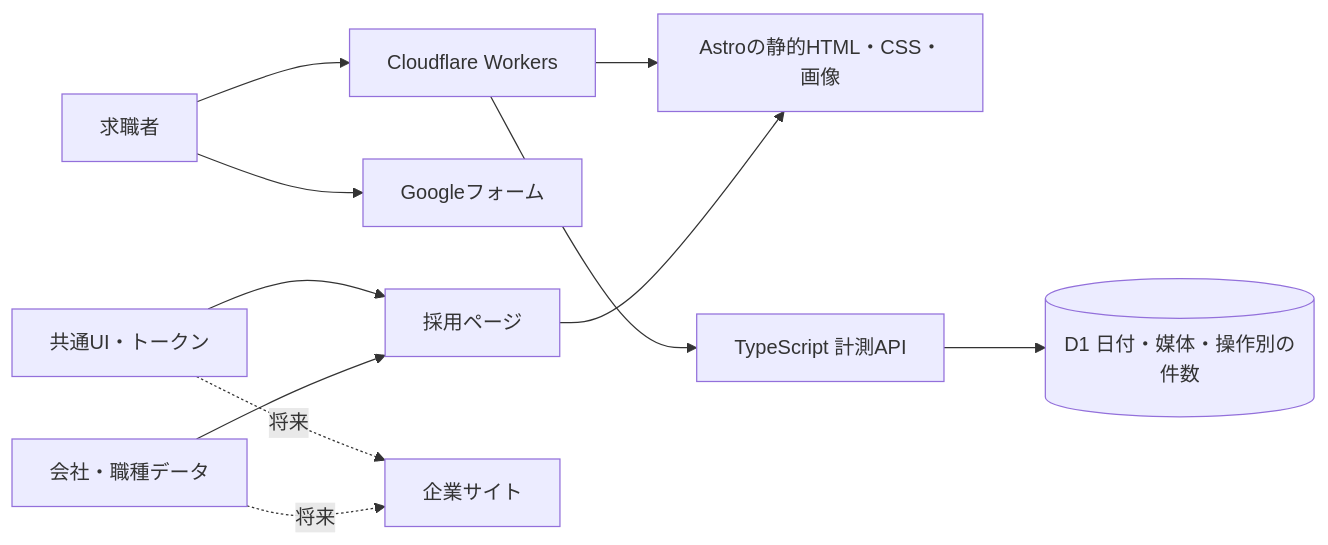
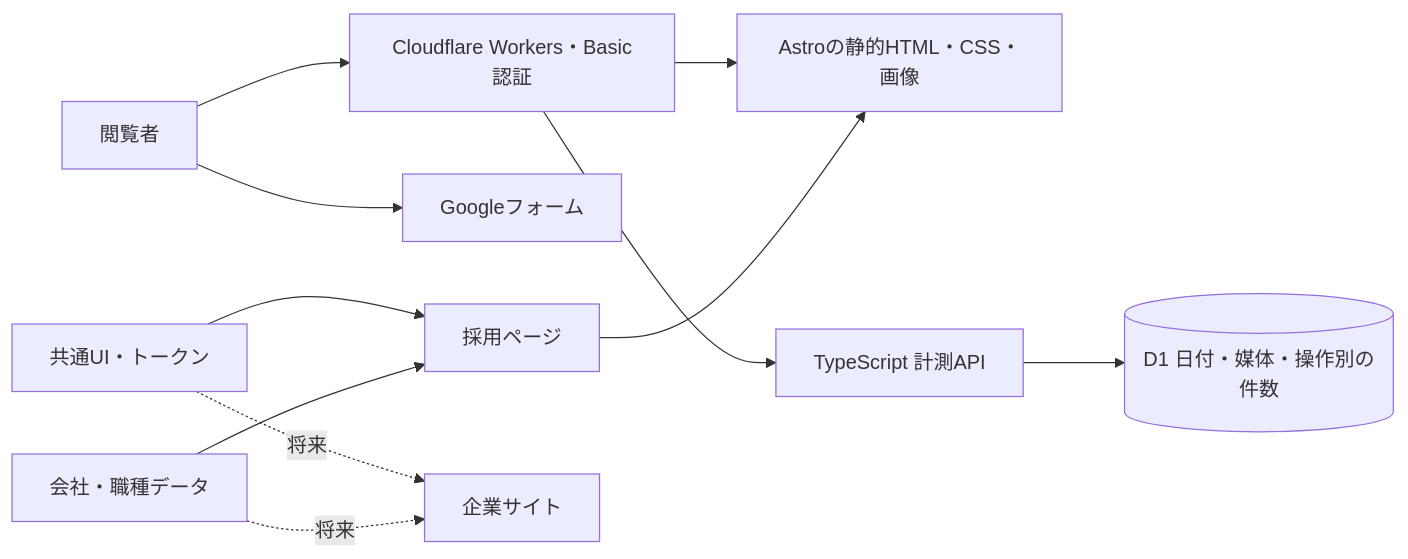
One commit to okinawakaigo/web changed the diagram in docs/architecture.md. Above: the diagram before and after it, drawn with Mermaid. The commit also changed other lines of this file and 17 other files, not shown here.

````diff
--- a/docs/architecture.md
+++ b/docs/architecture.md
@@ -11,13 +11,13 @@
 ```mermaid
 flowchart LR
-  Visitor[求職者] --> Edge[Cloudflare Workers]
+  Visitor[閲覧者] --> Edge[Cloudflare Workers・Basic認証]
   Edge --> Assets[Astroの静的HTML・CSS・画像]
   Edge --> API[TypeScript 計測API]
   API --> D1[(D1 日付・媒体・操作別の件数)]
   Visitor --> Contact[Googleフォーム]
   UI[共通UI・トークン] --> Recruit[採用ページ]
   Content[会社・職種データ] --> Recruit
   Recruit --> Assets
   UI -. 将来 .-> Corporate[企業サイト]
   Content -. 将来 .-> Corporate
 ```
````
